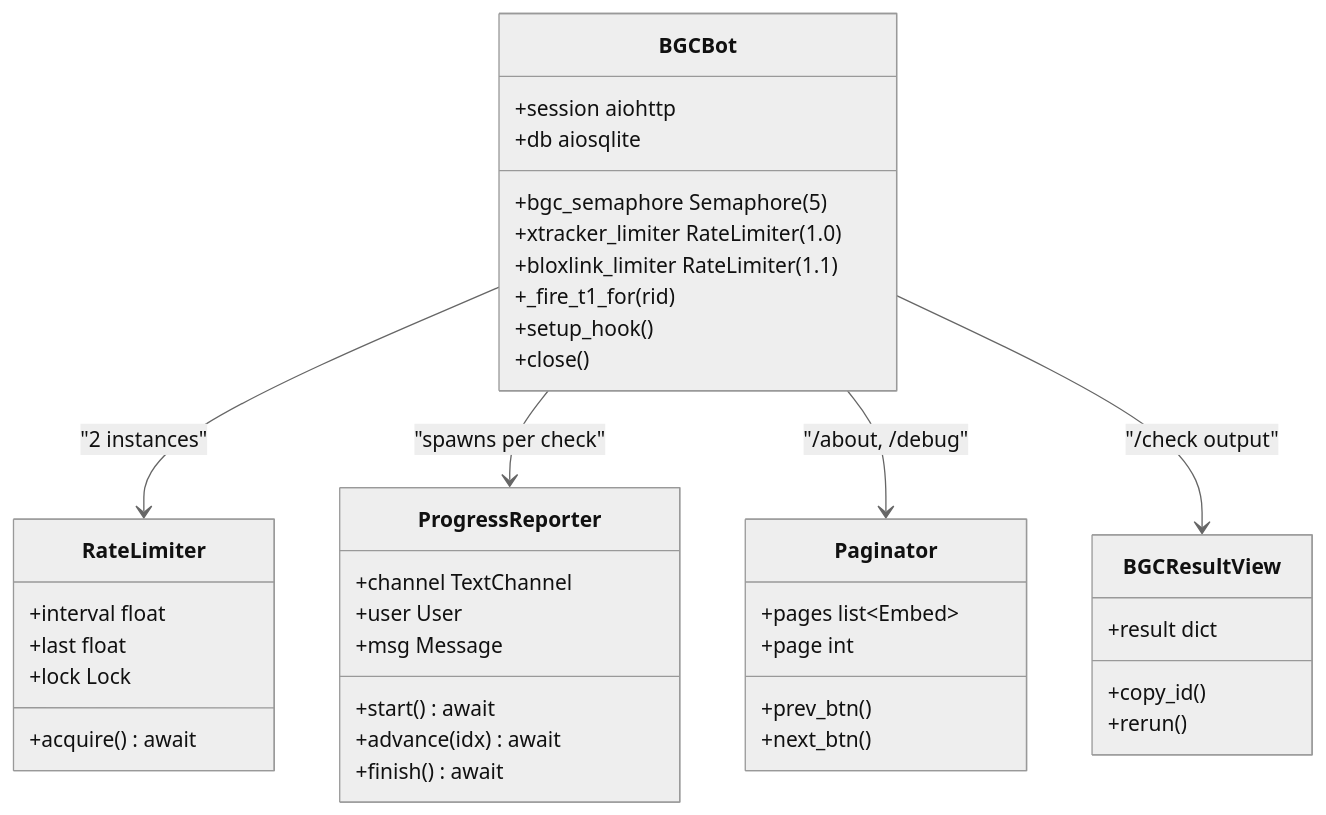
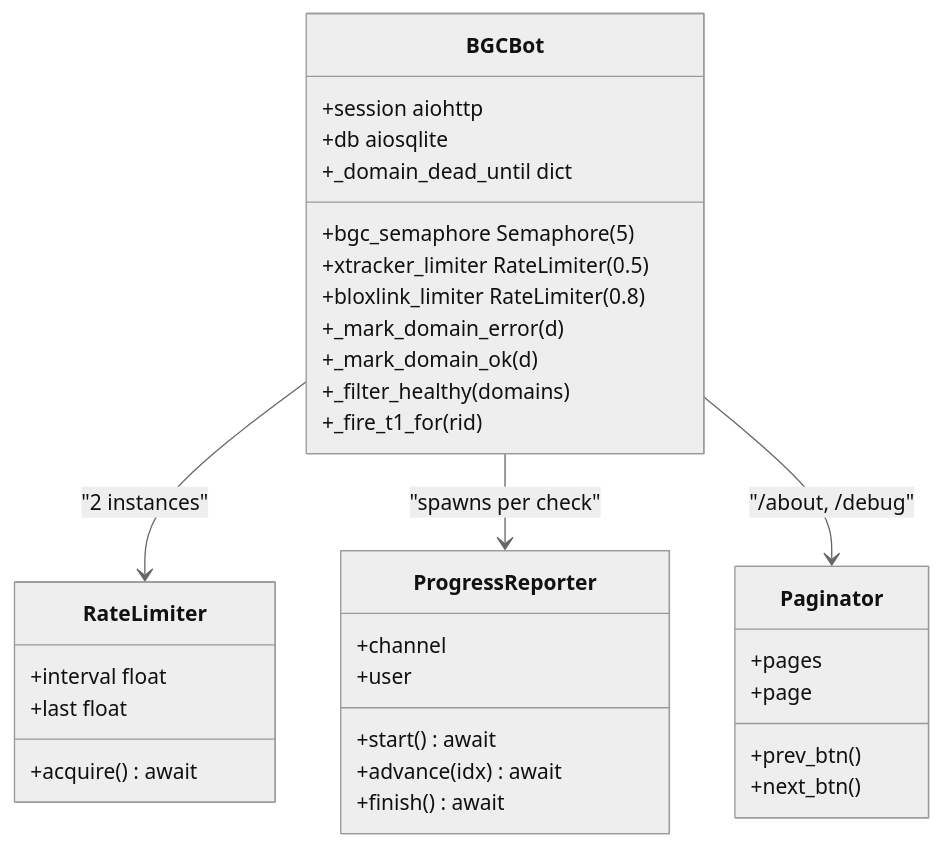
Before and after one commit to pizzarobloxh/bgc-bot: diagram 12 of 12 in README.md, drawn with Mermaid (neutral theme). The commit also changed other lines of this file, not shown here.

````diff
--- a/README.md
+++ b/README.md
@@ -561,43 +774,37 @@
 ```mermaid
 classDiagram
     class BGCBot {
         +session aiohttp
         +db aiosqlite
         +bgc_semaphore Semaphore(5)
-        +xtracker_limiter RateLimiter(1.0)
-        +bloxlink_limiter RateLimiter(1.1)
+        +xtracker_limiter RateLimiter(0.5)
+        +bloxlink_limiter RateLimiter(0.8)
+        +_domain_dead_until dict
+        +_mark_domain_error(d)
+        +_mark_domain_ok(d)
+        +_filter_healthy(domains)
         +_fire_t1_for(rid)
-        +setup_hook()
-        +close()
     }
     class RateLimiter {
         +interval float
         +last float
-        +lock Lock
         +acquire() await
     }
     class ProgressReporter {
-        +channel TextChannel
-        +user User
-        +msg Message
+        +channel
+        +user
         +start() await
         +advance(idx) await
         +finish() await
     }
     class Paginator {
-        +pages list~Embed~
-        +page int
+        +pages
+        +page
         +prev_btn()
         +next_btn()
-    }
-    class BGCResultView {
-        +result dict
-        +copy_id()
-        +rerun()
     }
 
     BGCBot --> RateLimiter : "2 instances"
     BGCBot --> ProgressReporter : "spawns per check"
     BGCBot --> Paginator : "/about, /debug"
-    BGCBot --> BGCResultView : "/check output"
 ```
````
